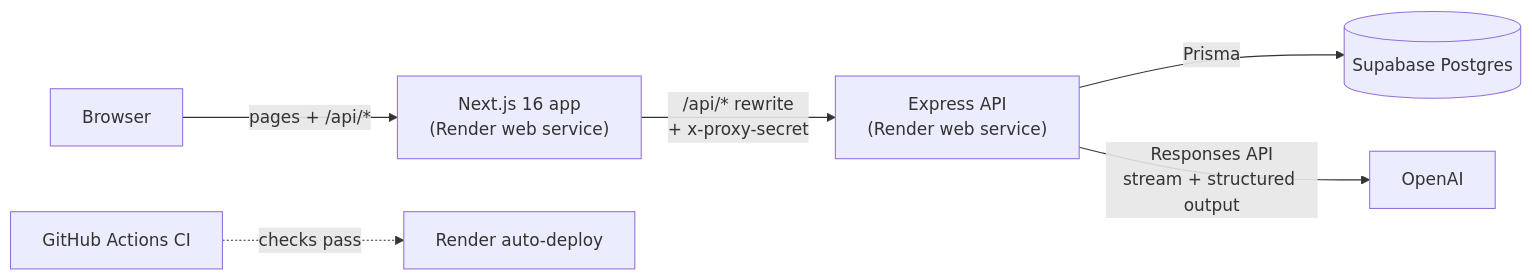
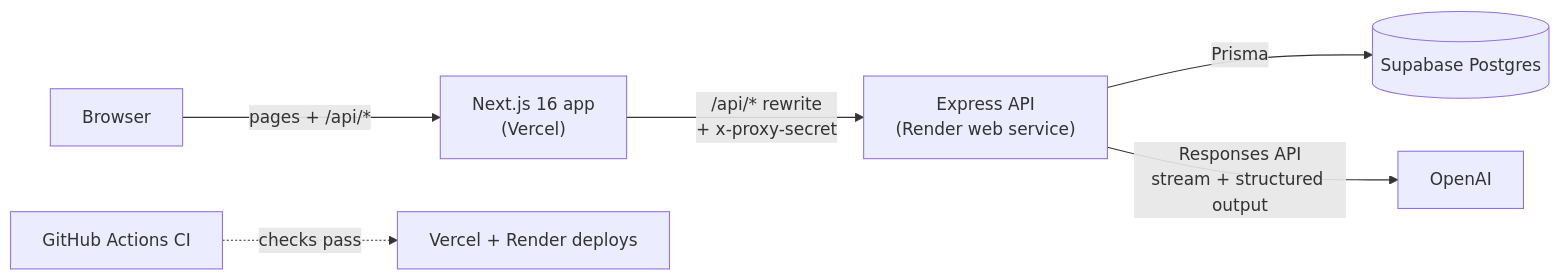
Before and after one commit to Nadeeja99/GrowthTracker: the diagram in README.md, drawn with Mermaid. The commit also changed other lines of this file and 11 other files, not shown here.

Commit message:
chore: update deployment references to Vercel and adjust API configurations

````diff
--- a/README.md
+++ b/README.md
@@ -43,8 +43,8 @@
 ```mermaid
 flowchart LR
-  B[Browser] -->|pages + /api/*| W["Next.js 16 app<br/>(Render web service)"]
+  B[Browser] -->|pages + /api/*| W["Next.js 16 app<br/>(Vercel)"]
   W -->|"/api/* rewrite<br/>+ x-proxy-secret"| A["Express API<br/>(Render web service)"]
   A -->|Prisma| D[(Supabase Postgres)]
   A -->|"Responses API<br/>stream + structured output"| O[OpenAI]
-  GH[GitHub Actions CI] -.->|checks pass| R[Render auto-deploy]
+  GH[GitHub Actions CI] -.->|checks pass| R[Vercel + Render deploys]
 ```
````
